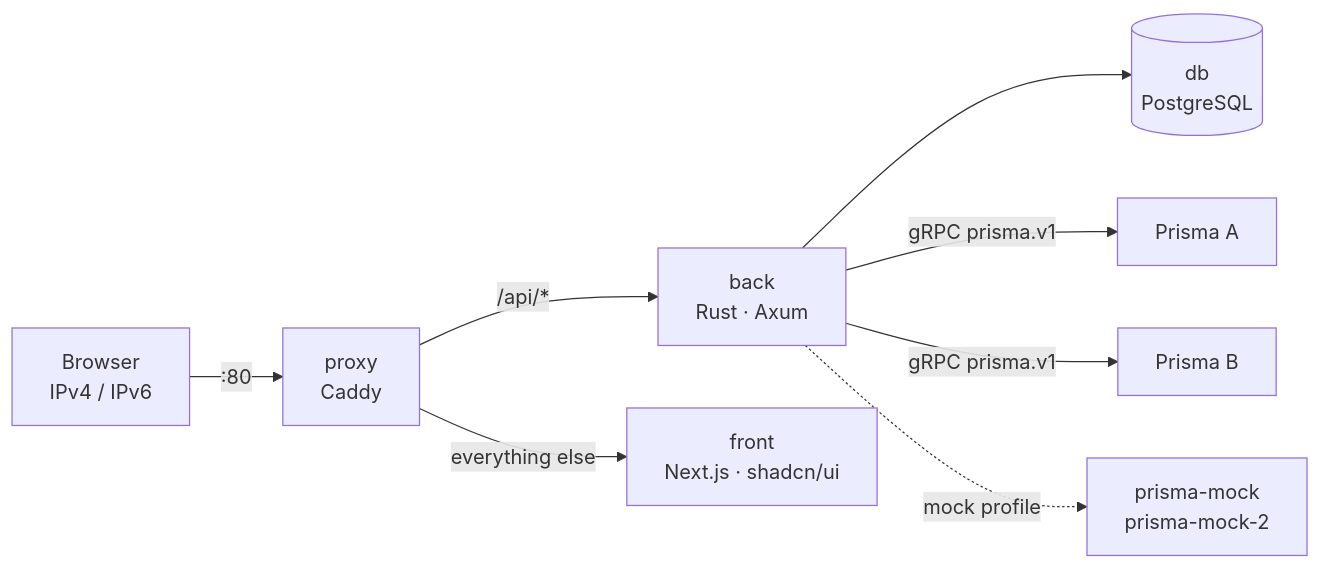
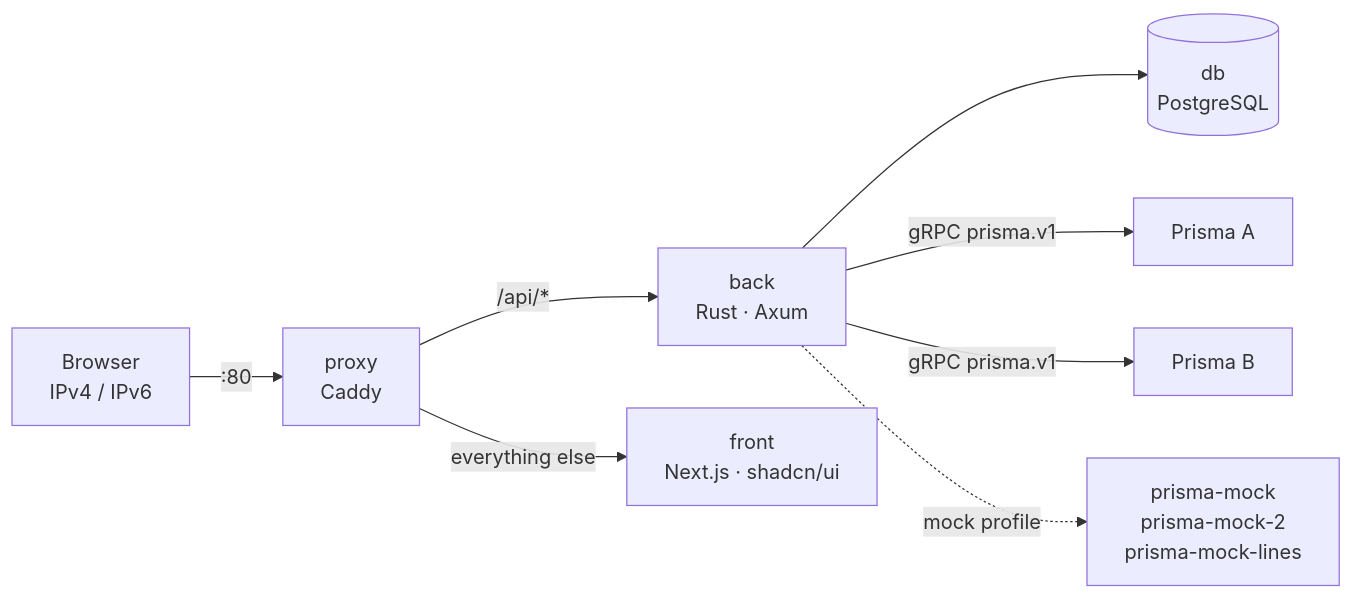
The diagram in README.md (andrediashexa/prisma-web), drawn with Mermaid before and after one commit. The commit also changed other lines of this file and 39 other files, not shown here.

````diff
--- a/README.md
+++ b/README.md
@@ -22,10 +22,10 @@
 ```mermaid
 flowchart LR
     U["Browser<br/>IPv4 / IPv6"] -->|":80"| P[proxy<br/>Caddy]
     P -->|"/api/*"| B[back<br/>Rust · Axum]
     P -->|"everything else"| F[front<br/>Next.js · shadcn/ui]
     B --> D[(db<br/>PostgreSQL)]
     B -->|"gRPC prisma.v1"| R1[Prisma A]
     B -->|"gRPC prisma.v1"| R2[Prisma B]
-    B -.->|"mock profile"| M[prisma-mock<br/>prisma-mock-2]
+    B -.->|"mock profile"| M[prisma-mock<br/>prisma-mock-2<br/>prisma-mock-lines]
 ```
````
